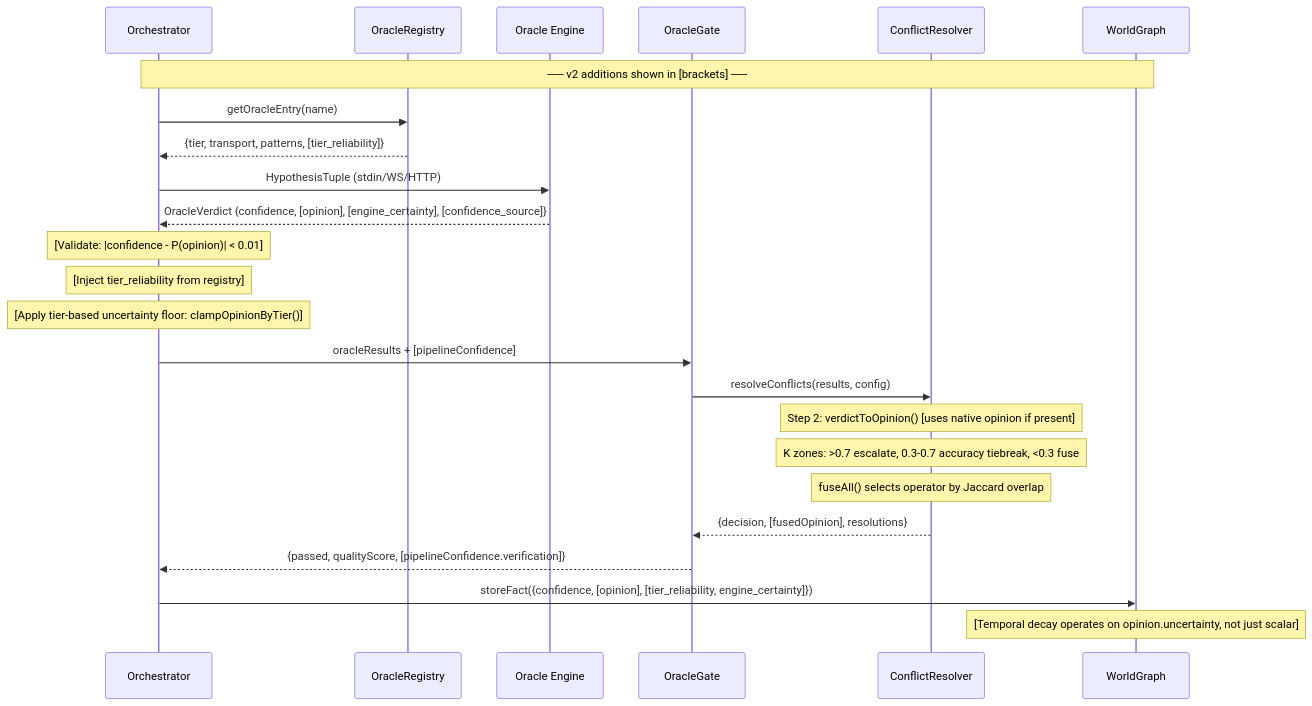
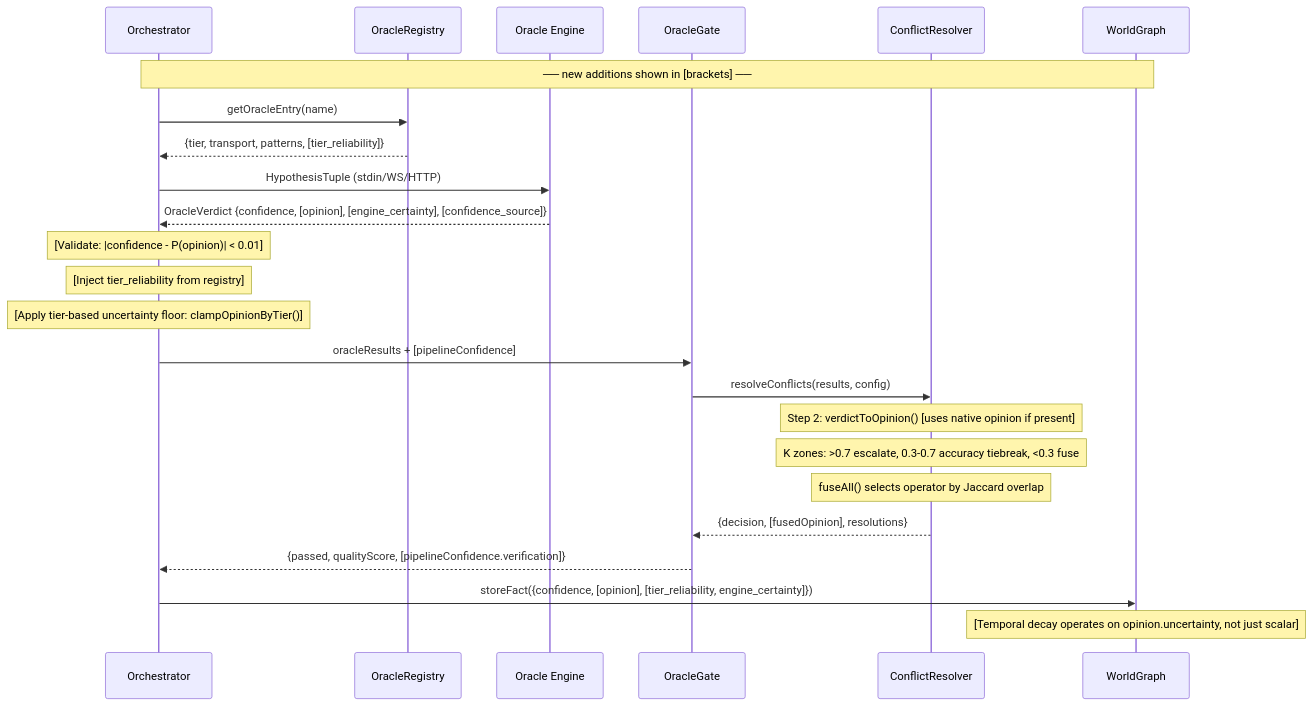
Before and after one commit to nuumz/vinyan: the diagram in docs/research/ecp-migration-brainstorm.md, drawn with Mermaid. The commit also changed other lines of this file and 37 other files, not shown here.

````diff
--- a/docs/research/ecp-migration-brainstorm.md
+++ b/docs/research/ecp-migration-brainstorm.md
@@ -196,34 +196,34 @@
 ```mermaid
 sequenceDiagram
     participant O as Orchestrator
     participant R as OracleRegistry
     participant E as Oracle Engine
     participant G as OracleGate
     participant CR as ConflictResolver
     participant WG as WorldGraph
 
-    Note over O,WG: ── v2 additions shown in [brackets] ──
+    Note over O,WG: ── new additions shown in [brackets] ──
 
     O->>R: getOracleEntry(name)
     R-->>O: {tier, transport, patterns, [tier_reliability]}
 
     O->>E: HypothesisTuple (stdin/WS/HTTP)
     E-->>O: OracleVerdict {confidence, [opinion], [engine_certainty], [confidence_source]}
 
     Note over O: [Validate: |confidence - P(opinion)| < 0.01]
     Note over O: [Inject tier_reliability from registry]
     Note over O: [Apply tier-based uncertainty floor: clampOpinionByTier()]
 
     O->>G: oracleResults + [pipelineConfidence]
     G->>CR: resolveConflicts(results, config)
 
     Note over CR: Step 2: verdictToOpinion() [uses native opinion if present]
     Note over CR: K zones: >0.7 escalate, 0.3-0.7 accuracy tiebreak, <0.3 fuse
     Note over CR: fuseAll() selects operator by Jaccard overlap
 
     CR-->>G: {decision, [fusedOpinion], resolutions}
     G-->>O: {passed, qualityScore, [pipelineConfidence.verification]}
 
     O->>WG: storeFact({confidence, [opinion], [tier_reliability, engine_certainty]})
     Note over WG: [Temporal decay operates on opinion.uncertainty, not just scalar]
 ```
````
